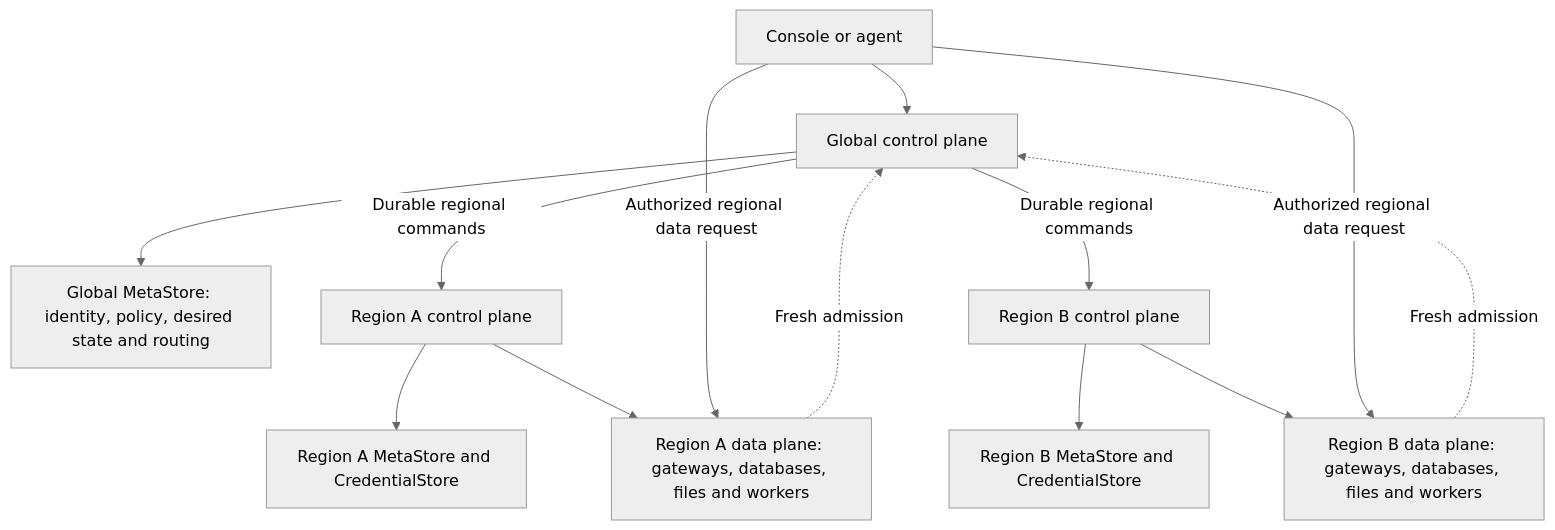
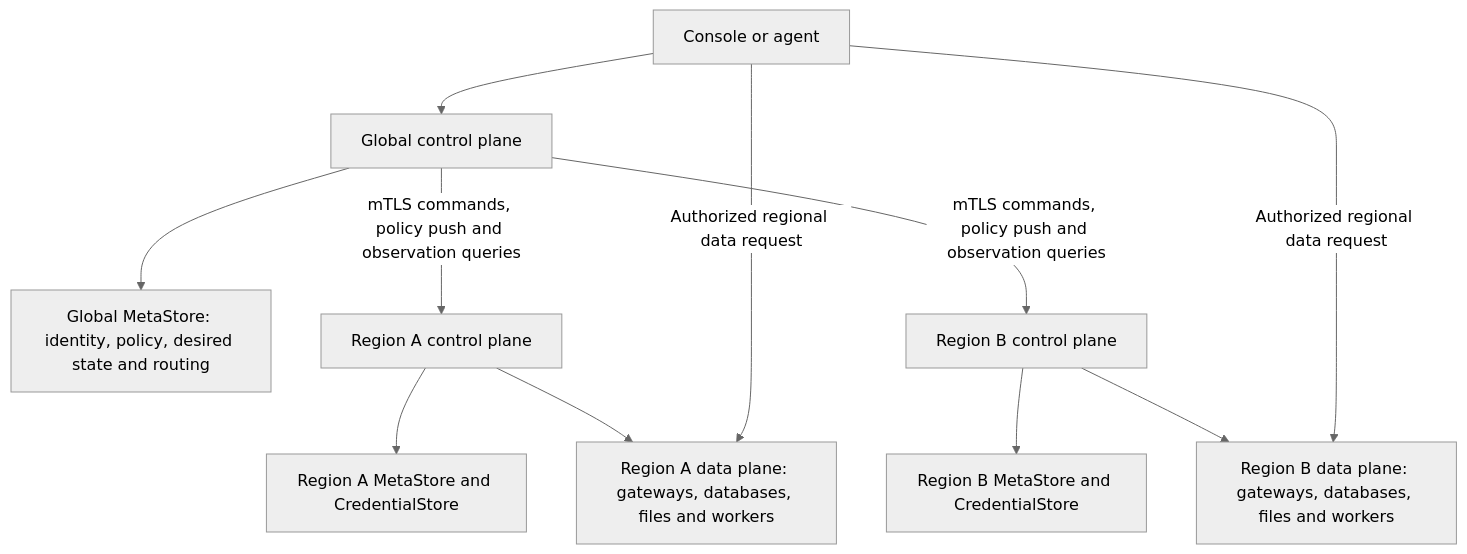
Before and after one commit to mem9-ai/tidb-agentspace: the diagram in specs/gh-74/spec.md, drawn with Mermaid (neutral theme). The commit also changed other lines of this file and 6 other files, not shown here.

Commit message:
docs(control-plane): require Global-initiated encrypted regional control

````diff
--- a/specs/gh-74/spec.md
+++ b/specs/gh-74/spec.md
@@ -61,15 +61,13 @@
 ```mermaid
 flowchart TB
   C[Console or agent] --> G[Global control plane]
   G --> GM[Global MetaStore: identity, policy, desired state and routing]
-  G -->|Durable regional commands| RA[Region A control plane]
-  G -->|Durable regional commands| RB[Region B control plane]
+  G -->|mTLS commands, policy push and observation queries| RA[Region A control plane]
+  G -->|mTLS commands, policy push and observation queries| RB[Region B control plane]
   RA --> RM[Region A MetaStore and CredentialStore]
   RB --> RN[Region B MetaStore and CredentialStore]
   RA --> DA[Region A data plane: gateways, databases, files and workers]
   RB --> DB[Region B data plane: gateways, databases, files and workers]
   C -->|Authorized regional data request| DA
   C -->|Authorized regional data request| DB
-  DA -. Fresh admission .-> G
-  DB -. Fresh admission .-> G
 ```
````
